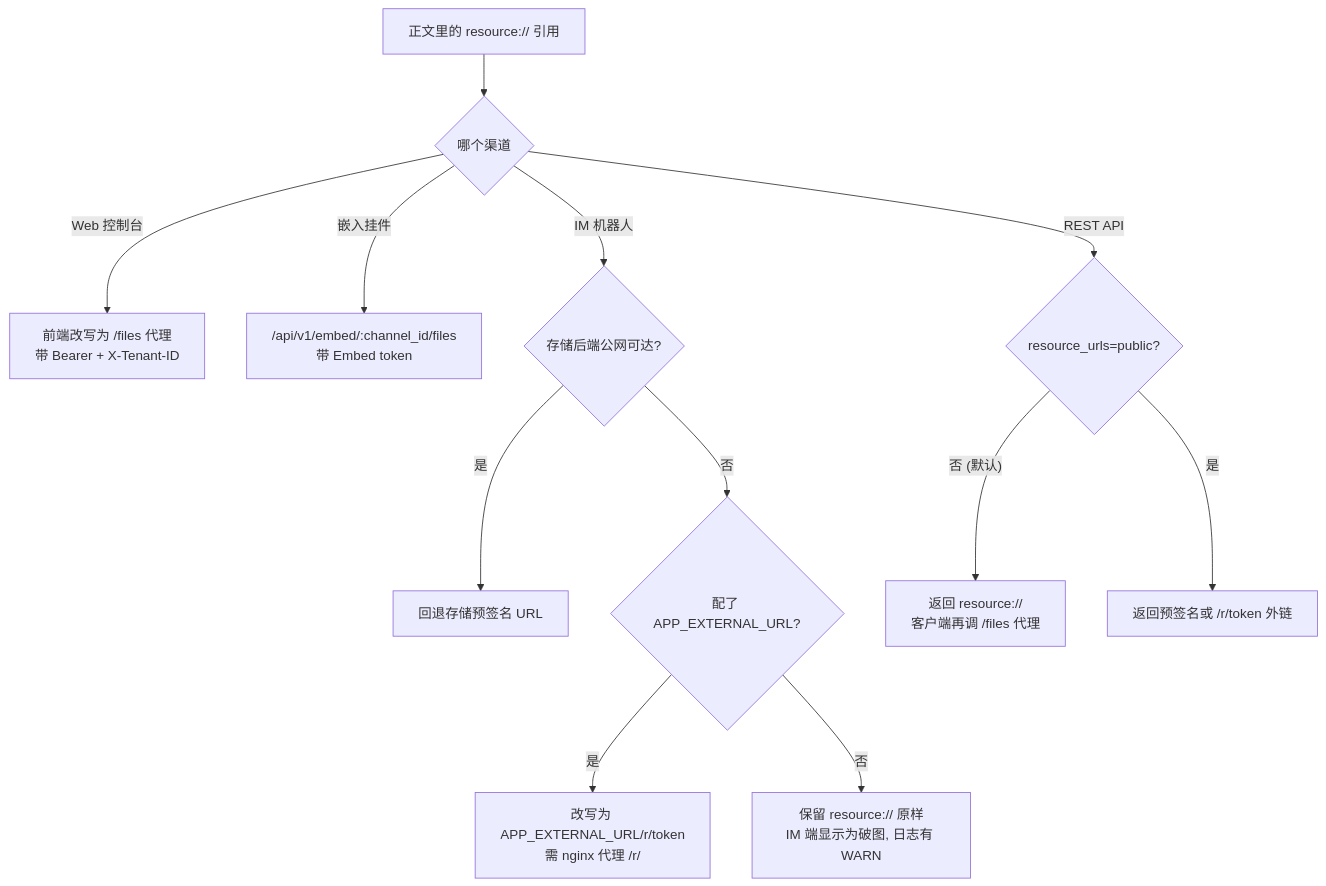
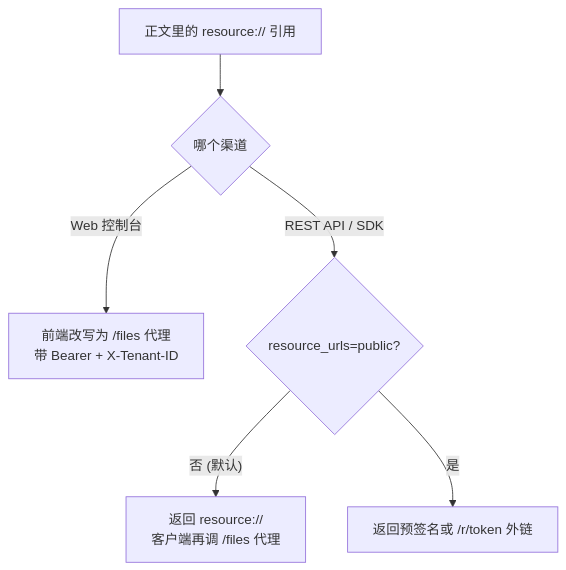
Before and after one commit to magicyuan876/Yuheng: the diagram in website-docs/03-features/21-file-access.md, drawn with Mermaid. The commit also changed other lines of this file and 994 other files, not shown here.

````diff
--- a/website-docs/03-features/21-file-access.md
+++ b/website-docs/03-features/21-file-access.md
@@ -26,14 +26,8 @@
 ```mermaid
 flowchart TD
     R["正文里的 resource:// 引用"] --> Q{"哪个渠道"}
     Q -->|"Web 控制台"| W["前端改写为 /files 代理<br/>带 Bearer + X-Tenant-ID"]
-    Q -->|"嵌入挂件"| E["/api/v1/embed/:channel_id/files<br/>带 Embed token"]
-    Q -->|"IM 机器人"| I{"存储后端公网可达?"}
-    I -->|"是"| IP["回退存储预签名 URL"]
-    I -->|"否"| IE{"配了 APP_EXTERNAL_URL?"}
-    IE -->|"是"| IR["改写为 APP_EXTERNAL_URL/r/token<br/>需 nginx 代理 /r/"]
-    IE -->|"否"| IF["保留 resource:// 原样<br/>IM 端显示为破图, 日志有 WARN"]
-    Q -->|"REST API"| A{"resource_urls=public?"}
+    Q -->|"REST API / SDK"| A{"resource_urls=public?"}
     A -->|"否 (默认)"| AH["返回 resource://<br/>客户端再调 /files 代理"]
     A -->|"是"| AP["返回预签名或 /r/token 外链"]
 ```
````
